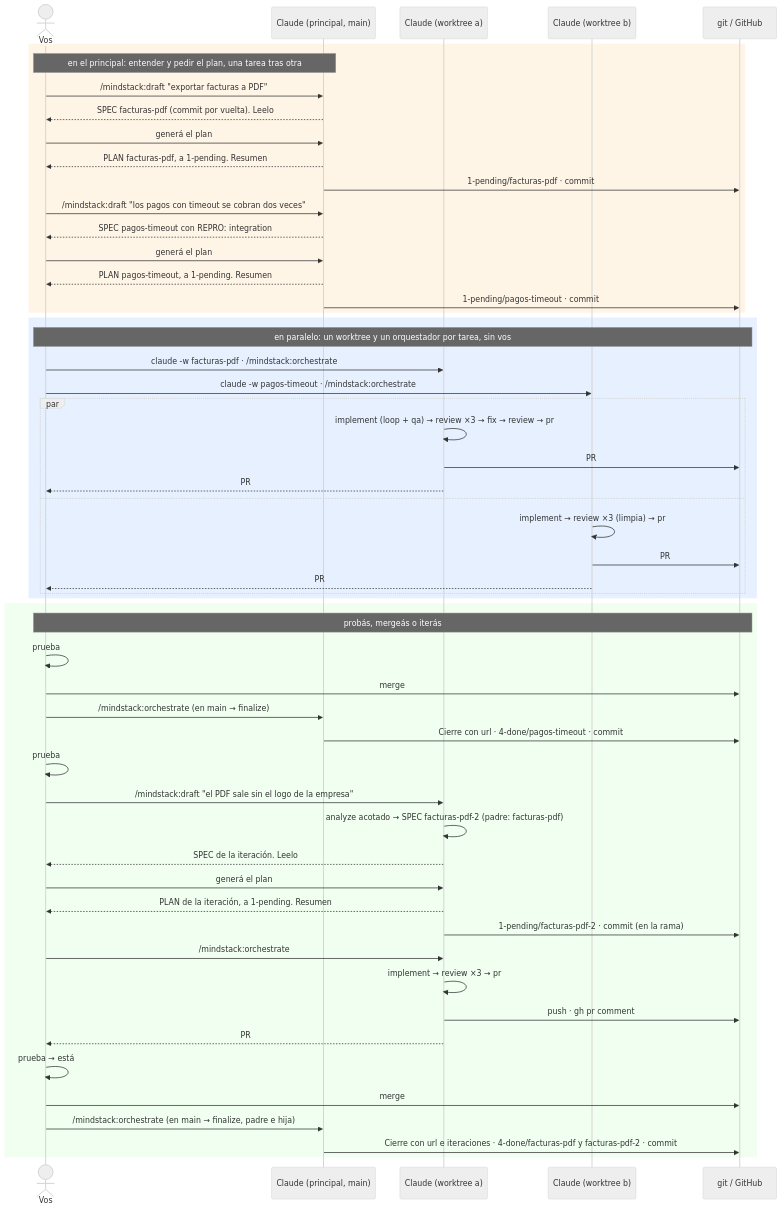
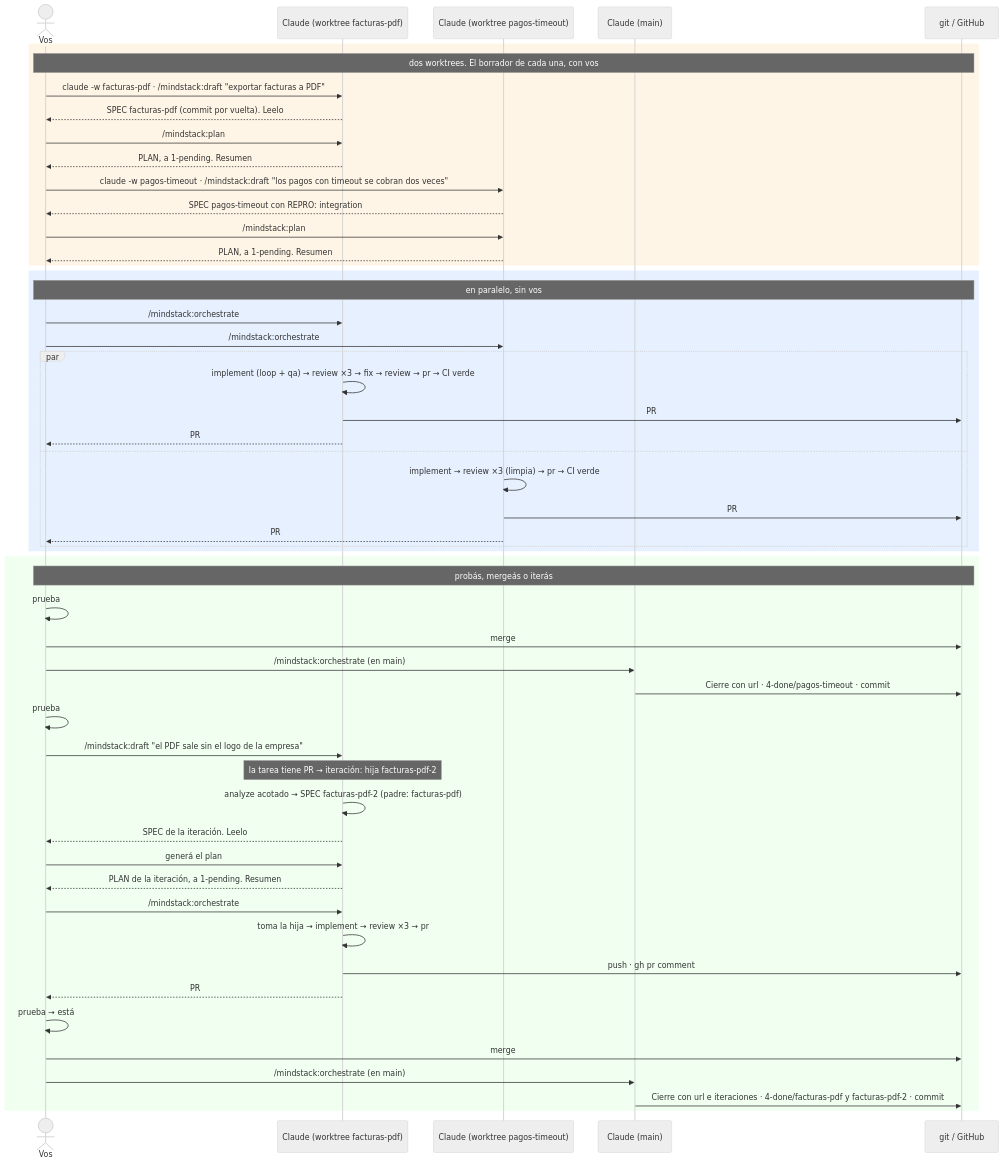
The diagram in use-cases/06-parallel-and-iterate.md (octavio-parozlabs/mindstack), drawn with Mermaid (neutral theme) before and after one commit. The commit also changed other lines of this file and 17 other files, not shown here.

````diff
--- a/use-cases/06-parallel-and-iterate.md
+++ b/use-cases/06-parallel-and-iterate.md
@@ -5,61 +5,59 @@
 ```mermaid
 sequenceDiagram
     actor U as Vos
-    participant M as Claude (principal, main)
-    participant Wa as Claude (worktree a)
-    participant Wb as Claude (worktree b)
+    participant Wa as Claude (worktree facturas-pdf)
+    participant Wb as Claude (worktree pagos-timeout)
+    participant M as Claude (main)
     participant G as git / GitHub
 
     rect rgb(255, 245, 230)
-    Note over U,M: en el principal: entender y pedir el plan, una tarea tras otra
-    U->>M: /mindstack:draft "exportar facturas a PDF"
-    M-->>U: SPEC facturas-pdf (commit por vuelta). Leelo
-    U->>M: generá el plan
-    M-->>U: PLAN facturas-pdf, a 1-pending. Resumen
-    M->>G: 1-pending/facturas-pdf · commit
-    U->>M: /mindstack:draft "los pagos con timeout se cobran dos veces"
-    M-->>U: SPEC pagos-timeout con REPRO: integration
-    U->>M: generá el plan
-    M-->>U: PLAN pagos-timeout, a 1-pending. Resumen
-    M->>G: 1-pending/pagos-timeout · commit
+    Note over U,G: dos worktrees. El borrador de cada una, con vos
+    U->>Wa: claude -w facturas-pdf · /mindstack:draft "exportar facturas a PDF"
+    Wa-->>U: SPEC facturas-pdf (commit por vuelta). Leelo
+    U->>Wa: /mindstack:plan
+    Wa-->>U: PLAN, a 1-pending. Resumen
+    U->>Wb: claude -w pagos-timeout · /mindstack:draft "los pagos con timeout se cobran dos veces"
+    Wb-->>U: SPEC pagos-timeout con REPRO: integration
+    U->>Wb: /mindstack:plan
+    Wb-->>U: PLAN, a 1-pending. Resumen
     end
 
     rect rgb(230, 240, 255)
-    Note over U,G: en paralelo: un worktree y un orquestador por tarea, sin vos
-    U->>Wa: claude -w facturas-pdf · /mindstack:orchestrate
-    U->>Wb: claude -w pagos-timeout · /mindstack:orchestrate
+    Note over U,G: en paralelo, sin vos
+    U->>Wa: /mindstack:orchestrate
+    U->>Wb: /mindstack:orchestrate
     par
-        Wa->>Wa: implement (loop + qa) → review ×3 → fix → review → pr
+        Wa->>Wa: implement (loop + qa) → review ×3 → fix → review → pr → CI verde
         Wa->>G: PR #88 · url en PR.md
         Wa-->>U: PR #88 abierto · localhost:5231
     and
-        Wb->>Wb: implement → review ×3 (limpia) → pr
+        Wb->>Wb: implement → review ×3 (limpia) → pr → CI verde
         Wb->>G: PR #89
         Wb-->>U: PR #89 abierto · localhost:5247
     end
     end
 
     rect rgb(240, 255, 240)
     Note over U,G: probás, mergeás o iterás
     U->>U: prueba #89 en localhost:5247 → está
     U->>G: merge #89
-    U->>M: /mindstack:orchestrate (en main → finalize)
+    U->>M: /mindstack:orchestrate (en main)
     M->>G: Cierre con url · 4-done/pagos-timeout · commit
 
     U->>U: prueba #88 → el PDF sale sin logo
     U->>Wa: /mindstack:draft "el PDF sale sin el logo de la empresa"
+    Note over Wa: la tarea tiene PR → iteración: hija facturas-pdf-2
     Wa->>Wa: analyze acotado → SPEC facturas-pdf-2 (padre: facturas-pdf)
     Wa-->>U: SPEC de la iteración. Leelo
     U->>Wa: generá el plan
     Wa-->>U: PLAN de la iteración, a 1-pending. Resumen
-    Wa->>G: 1-pending/facturas-pdf-2 · commit (en la rama)
     U->>Wa: /mindstack:orchestrate
-    Wa->>Wa: implement → review ×3 → pr
-    Wa->>G: push · gh pr comment #88 "iteración 2: logo en el PDF"
+    Wa->>Wa: toma la hija → implement → review ×3 → pr
+    Wa->>G: push · gh pr comment #88 "iteración 2: logo en el PDF" · CI verde
     Wa-->>U: PR #88 actualizado
     U->>U: prueba → está
     U->>G: merge #88
-    U->>M: /mindstack:orchestrate (en main → finalize, padre e hija)
+    U->>M: /mindstack:orchestrate (en main)
     M->>G: Cierre con url e iteraciones · 4-done/facturas-pdf y facturas-pdf-2 · commit
     end
 ```
````
